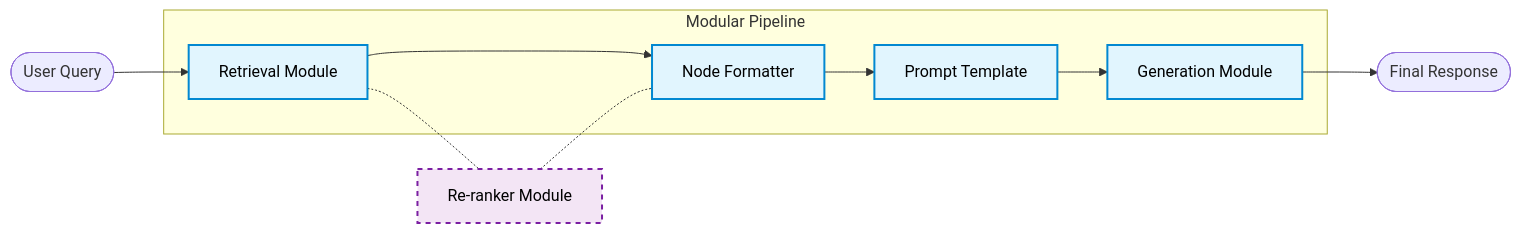
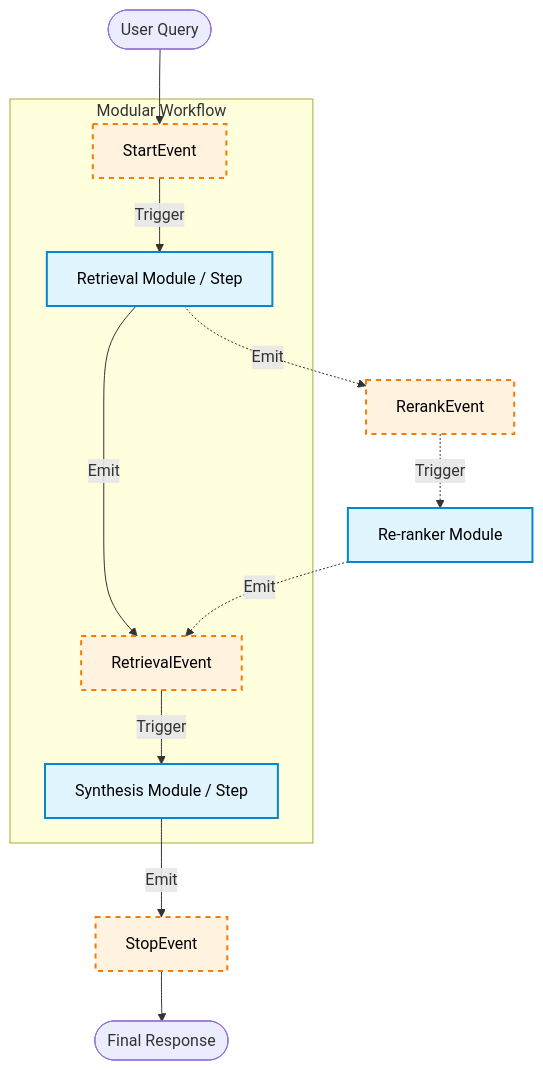
The diagram in Modular-RAG/blog/Modular-RAG-A-Flexible-Pipeline-Architecture.md (Srushanth/RAG), drawn with Mermaid before and after one commit. The commit also changed other lines of this file, not shown here.

Commit message:
docs: add Modular RAG blog post, tutorial notebook, and infrastructure automation script

````diff
--- a/Modular-RAG/blog/Modular-RAG-A-Flexible-Pipeline-Architecture.md
+++ b/Modular-RAG/blog/Modular-RAG-A-Flexible-Pipeline-Architecture.md
@@ -20,22 +22,24 @@
 ```mermaid
-flowchart LR
-    Query([User Query]) --> Retriever[Retrieval Module]
+flowchart TD
+    Query([User Query]) --> Start[StartEvent]
     
-    subgraph Modular Pipeline
-        Retriever --> Formatter[Node Formatter]
-        Formatter --> Prompt[Prompt Template]
-        Prompt --> LLM[Generation Module]
+    subgraph Modular Workflow
+        Start -->|Trigger| RetrieverStep[Retrieval Module / Step]
+        RetrieverStep -->|Emit| RetEvent[RetrievalEvent]
+        RetEvent -->|Trigger| SynthesizerStep[Synthesis Module / Step]
     end
     
-    LLM --> Answer([Final Response])
+    SynthesizerStep -->|Emit| Stop[StopEvent]
+    Stop --> Answer([Final Response])
     
     %% Optional modules
-    Retriever -.- Reranker[Re-ranker Module]
-    Reranker -.- Formatter
+    RetrieverStep -.->|Emit| RerankEvent[RerankEvent]
+    RerankEvent -.->|Trigger| RerankerStep[Re-ranker Module]
+    RerankerStep -.->|Emit| RetEvent
     
     classDef core fill:#e1f5fe,stroke:#0288d1,stroke-width:2px,color:#000;
-    classDef opt fill:#f3e5f5,stroke:#7b1fa2,stroke-width:2px,stroke-dasharray: 5 5,color:#000;
+    classDef evt fill:#fff3e0,stroke:#f57c00,stroke-width:2px,stroke-dasharray: 5 5,color:#000;
     
-    class Retriever,Formatter,Prompt,LLM core;
-    class Reranker opt;
+    class RetrieverStep,SynthesizerStep,RerankerStep core;
+    class Start,RetEvent,Stop,RerankEvent evt;
 ```
````
